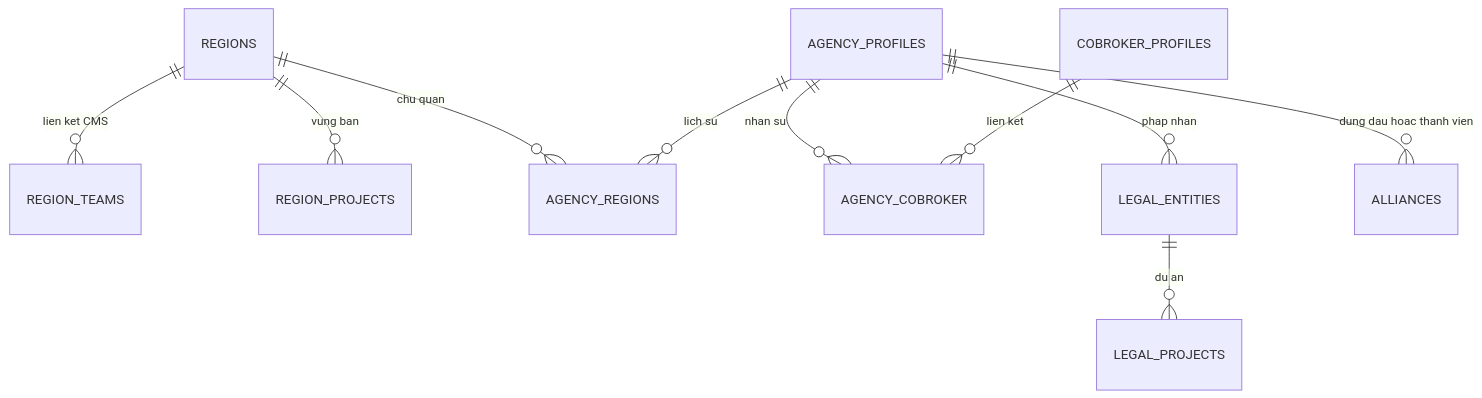
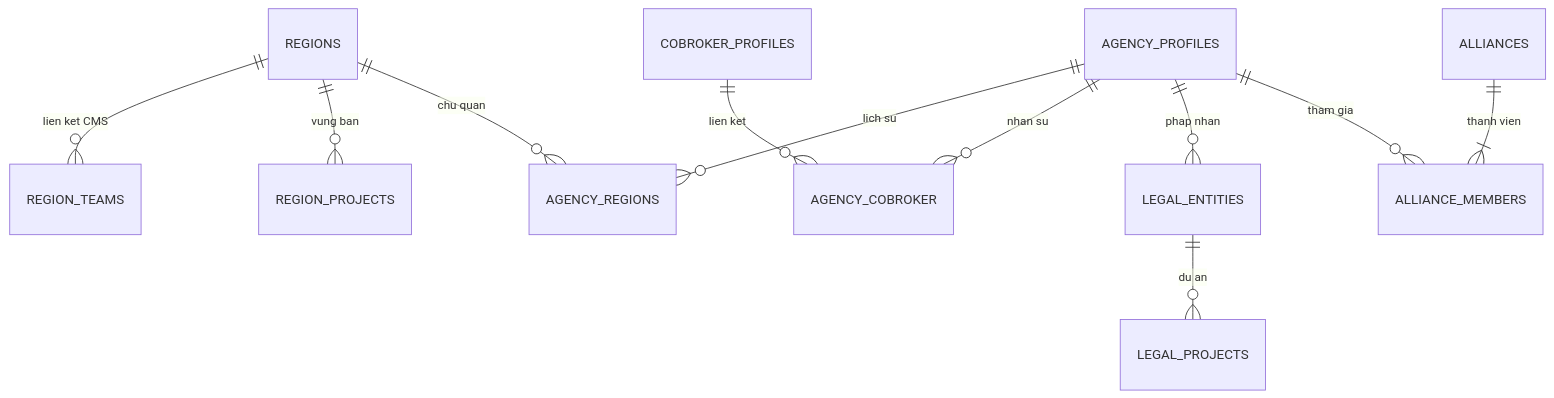
One commit to huynv-xyz/vhm-tdd changed the diagram in cobroker/diagrams/cobroker-02.mmd. Above: the diagram before and after it, drawn with Mermaid. The commit also changed 13 other files, not shown here.

Commit message:
docs: strengthen Cobroker design after architecture review

```diff
--- a/cobroker/diagrams/cobroker-02.mmd
+++ b/cobroker/diagrams/cobroker-02.mmd
@@ -1,10 +1,11 @@
 erDiagram
     REGIONS ||--o{ REGION_TEAMS : "lien ket CMS"
     REGIONS ||--o{ REGION_PROJECTS : "vung ban"
     REGIONS ||--o{ AGENCY_REGIONS : "chu quan"
     AGENCY_PROFILES ||--o{ AGENCY_REGIONS : "lich su"
     AGENCY_PROFILES ||--o{ AGENCY_COBROKER : "nhan su"
     COBROKER_PROFILES ||--o{ AGENCY_COBROKER : "lien ket"
     AGENCY_PROFILES ||--o{ LEGAL_ENTITIES : "phap nhan"
     LEGAL_ENTITIES ||--o{ LEGAL_PROJECTS : "du an"
-    AGENCY_PROFILES ||--o{ ALLIANCES : "dung dau hoac thanh vien"
+    ALLIANCES ||--|{ ALLIANCE_MEMBERS : "thanh vien"
+    AGENCY_PROFILES ||--o{ ALLIANCE_MEMBERS : "tham gia"
```
